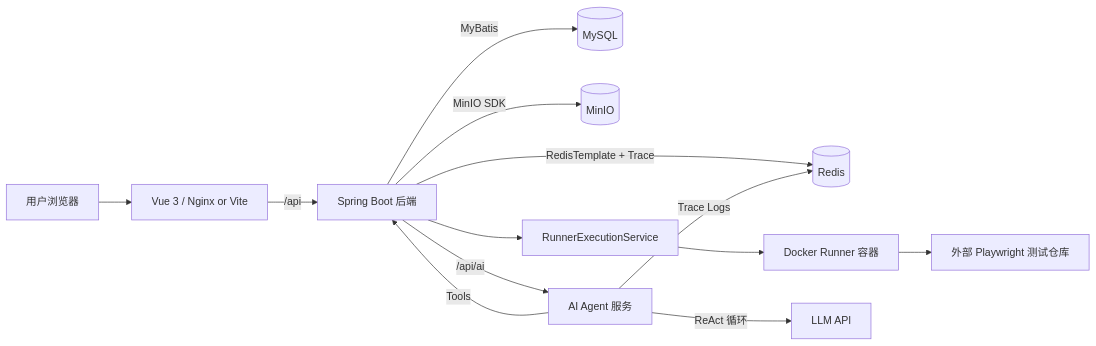
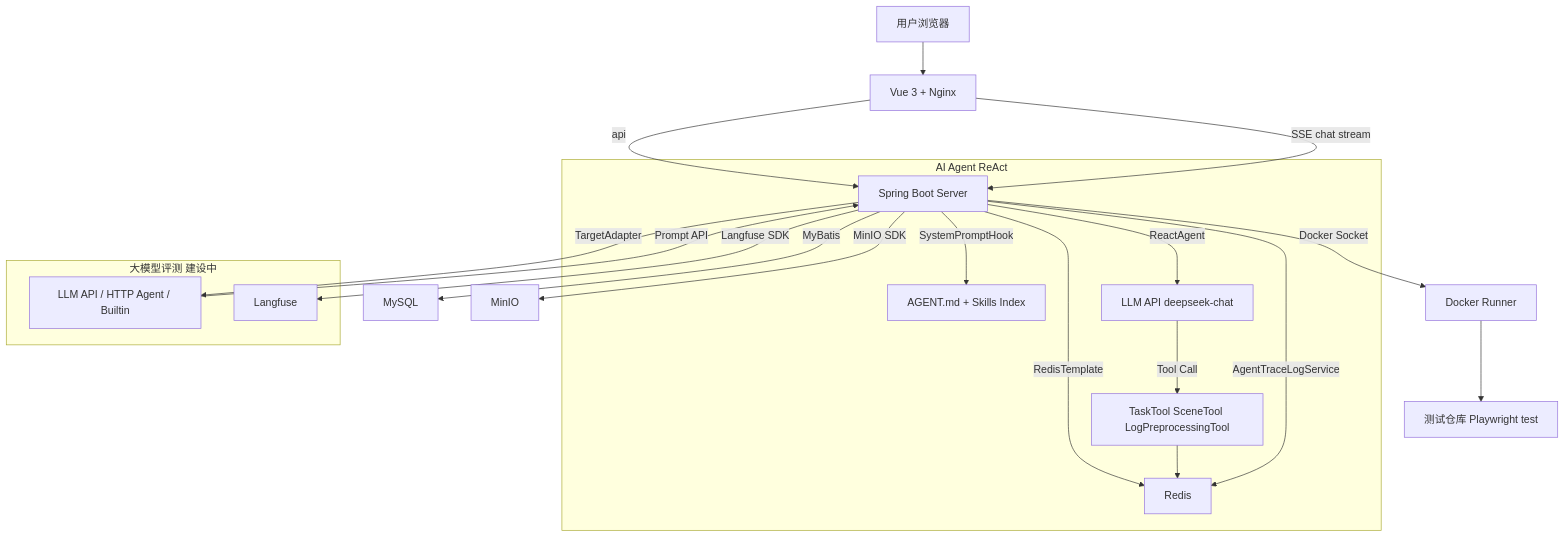
One commit to MenXiaoHuan/testplatform changed the diagram in README.md. Above: the diagram before and after it, drawn with Mermaid. The commit also changed other lines of this file and 10 other files, not shown here.

````diff
--- a/README.md
+++ b/README.md
@@ -48,15 +59,25 @@
 ```mermaid
-flowchart LR
-    User[用户浏览器] --> Web[Vue 3 / Nginx or Vite]
-    Web -->|/api| Server[Spring Boot 后端]
-    Server -->|MyBatis| MySQL[(MySQL)]
-    Server -->|RedisTemplate + Trace| Redis[(Redis)]
-    Server -->|MinIO SDK| MinIO[(MinIO)]
-    Server --> Runner[RunnerExecutionService]
-    Runner --> DockerRunner[Docker Runner 容器]
-    DockerRunner --> Repo[外部 Playwright 测试仓库]
-    Server -->|/api/ai| Agent[AI Agent 服务]
-    Agent -->|ReAct 循环| LLM[LLM API]
-    Agent -->|Tools| Server
-    Agent -->|Trace Logs| Redis
+flowchart TD
+    User[用户浏览器] --> Web[Vue 3 + Nginx]
+    Web -->|api| Server[Spring Boot Server]
+    Web -->|SSE chat stream| Server
+    Server -->|MyBatis| MySQL[MySQL]
+    Server -->|RedisTemplate| Redis[Redis]
+    Server -->|MinIO SDK| MinIO[MinIO]
+    Server -->|Docker Socket| Runner[Docker Runner]
+    Runner --> Repo[测试仓库 Playwright test]
+
+    subgraph Agent[AI Agent ReAct]
+        Server -->|SystemPromptHook| Prompt[AGENT.md + Skills Index]
+        Server -->|ReactAgent| LLM[LLM API deepseek-chat]
+        LLM -->|Tool Call| Tools[TaskTool SceneTool LogPreprocessingTool]
+        Tools --> Redis
+        Server -->|AgentTraceLogService| Redis
+    end
+
+    subgraph Eval[大模型评测 建设中]
+        Server -->|TargetAdapter| EvalTarget[LLM API / HTTP Agent / Builtin]
+        Server -->|Langfuse SDK| Langfuse[Langfuse]
+        EvalTarget -->|Prompt API| Server
+    end
 ```
````
